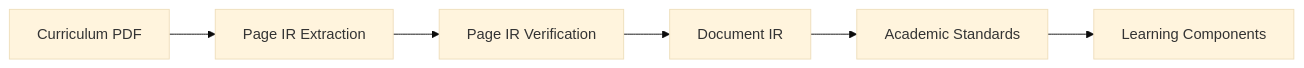
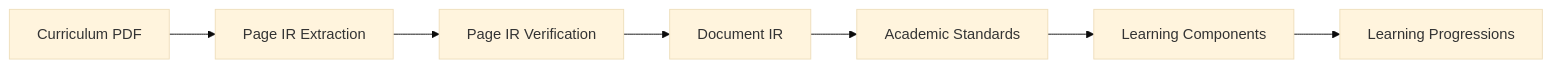
The diagram in docs/index.md (IDinsight/KGForEdGlobal), drawn with Mermaid (base theme) before and after one commit. The commit also changed other lines of this file and 146 other files, not shown here.

First line of the commit message:
feat(lp): add learning progressions generation, tests, docs, and evaluation (#33)

````diff
--- a/docs/index.md
+++ b/docs/index.md
@@ -30,8 +30,9 @@
 ```mermaid
 flowchart LR
     A[Curriculum PDF] --> B[Page IR Extraction]
     B --> C[Page IR Verification]
     C --> D[Document IR]
     D --> E[Academic Standards]
     E --> F[Learning Components]
+    F --> G[Learning Progressions]
 ```
````
